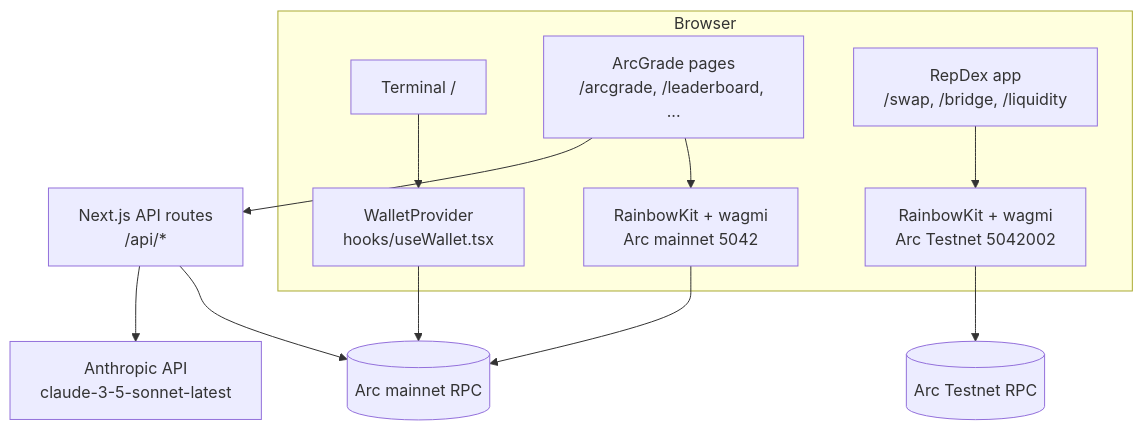
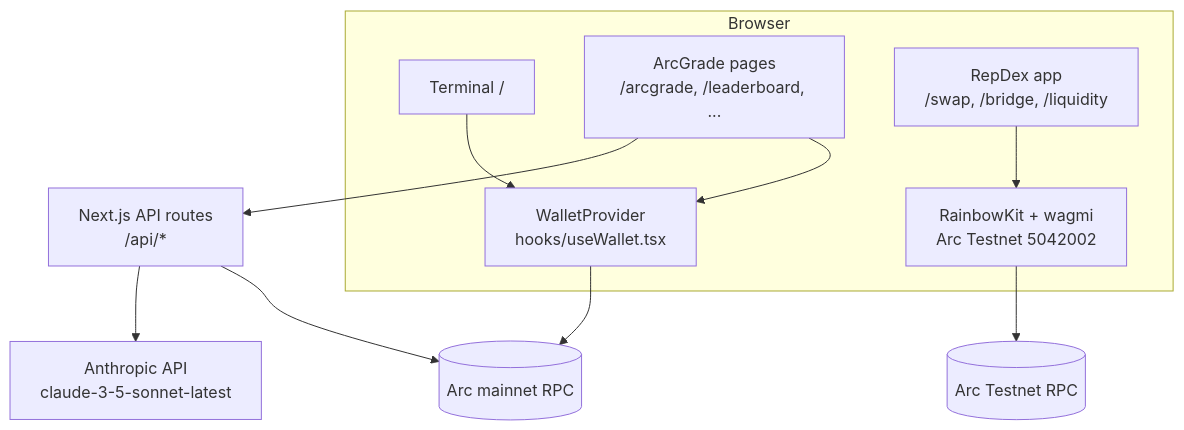
The diagram in README.md (0xtusher-git/ArcGrade), drawn with Mermaid before and after one commit. The commit also changed other lines of this file and 2 other files, not shown here.

Commit message:
docs: align README and architecture with the committed branch

````diff
--- a/README.md
+++ b/README.md
@@ -35,15 +35,14 @@
 ```mermaid
 flowchart TD
   subgraph Browser
     T["Terminal /"] --> TW["WalletProvider<br/>hooks/useWallet.tsx"]
-    A["ArcGrade pages<br/>/arcgrade, /leaderboard, ..."] --> AW["RainbowKit + wagmi<br/>Arc mainnet 5042"]
+    A["ArcGrade pages<br/>/arcgrade, /leaderboard, ..."] --> TW
     D["RepDex app<br/>/swap, /bridge, /liquidity"] --> DW["RainbowKit + wagmi<br/>Arc Testnet 5042002"]
   end
 
   TW --> MR[("Arc mainnet RPC")]
-  AW --> MR
   DW --> TR[("Arc Testnet RPC")]
   A --> API["Next.js API routes<br/>/api/*"]
   API --> MR
   API --> CL["Anthropic API<br/>claude-3-5-sonnet-latest"]
 ```
````
